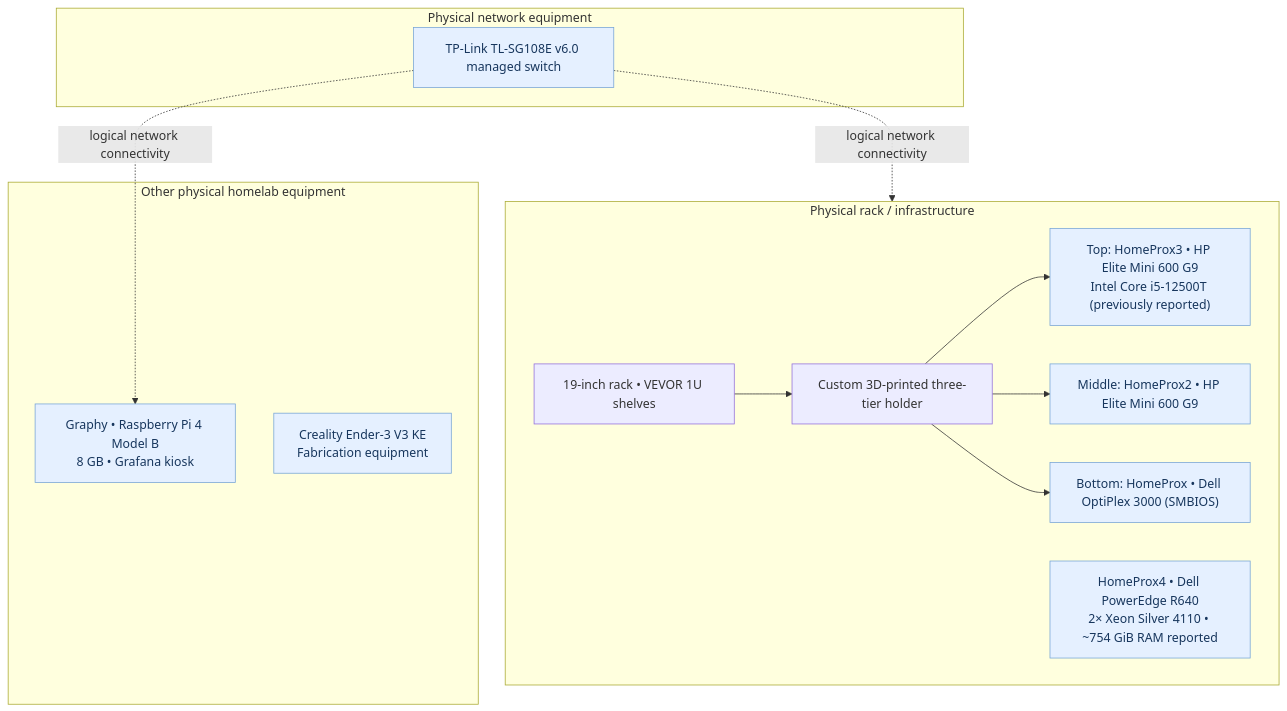
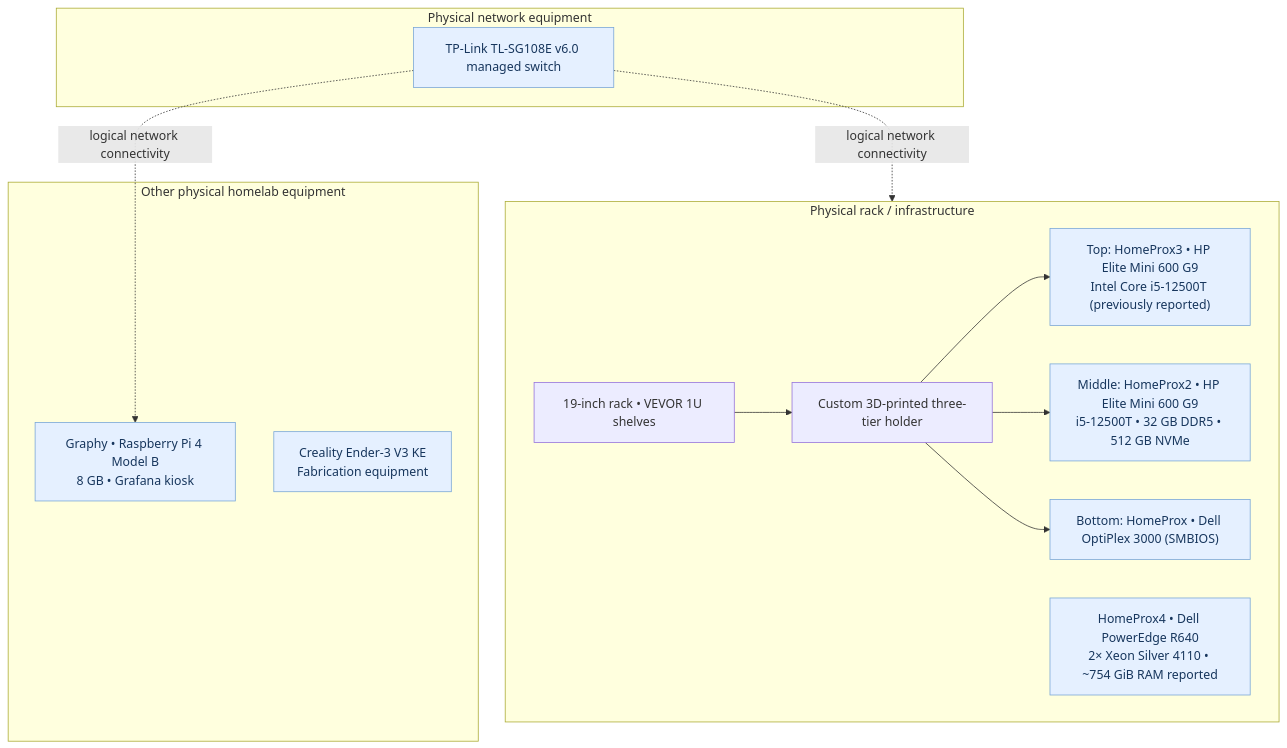
One commit to samuelkemp1619/HOMELAB-PORTFOLIO changed the second of 2 diagrams in network/diagrams/README.md. Above: the diagram before and after it, drawn with Mermaid. The commit also changed other lines of this file, not shown here.

Commit message:
Document verified HomeProx2 CPU RAM storage and network hardware

````diff
--- a/network/diagrams/README.md
+++ b/network/diagrams/README.md
@@ -54,26 +54,26 @@
 ```mermaid
 flowchart TB
     subgraph RACK["Physical rack / infrastructure"]
         SHELVES["19-inch rack • VEVOR 1U shelves"]
         HOLDER["Custom 3D-printed three-tier holder"]
         H3["Top: HomeProx3 • HP Elite Mini 600 G9<br/>Intel Core i5-12500T (previously reported)"]
-        H2["Middle: HomeProx2 • HP Elite Mini 600 G9"]
+        H2["Middle: HomeProx2 • HP Elite Mini 600 G9<br/>i5-12500T • 32 GB DDR5 • 512 GB NVMe"]
         H1["Bottom: HomeProx • Dell OptiPlex 3000 (SMBIOS)"]
         R640["HomeProx4 • Dell PowerEdge R640<br/>2× Xeon Silver 4110 • ~754 GiB RAM reported"]
         SHELVES --> HOLDER
         HOLDER --> H3
         HOLDER --> H2
         HOLDER --> H1
     end
     subgraph NETWORK_HW["Physical network equipment"]
         SWITCH_HW["TP-Link TL-SG108E v6.0 managed switch"]
     end
     subgraph OTHER_HW["Other physical homelab equipment"]
         PI4["Graphy • Raspberry Pi 4 Model B<br/>8 GB • Grafana kiosk"]
         PRINTER["Creality Ender-3 V3 KE<br/>Fabrication equipment"]
     end
     SWITCH_HW -. "logical network connectivity" .-> RACK
     SWITCH_HW -. "logical network connectivity" .-> PI4
     classDef platform fill:#e5f0ff,color:#17365d,stroke:#77a5d6
     class H1,H2,H3,R640,SWITCH_HW,PI4,PRINTER platform
 ```
````
